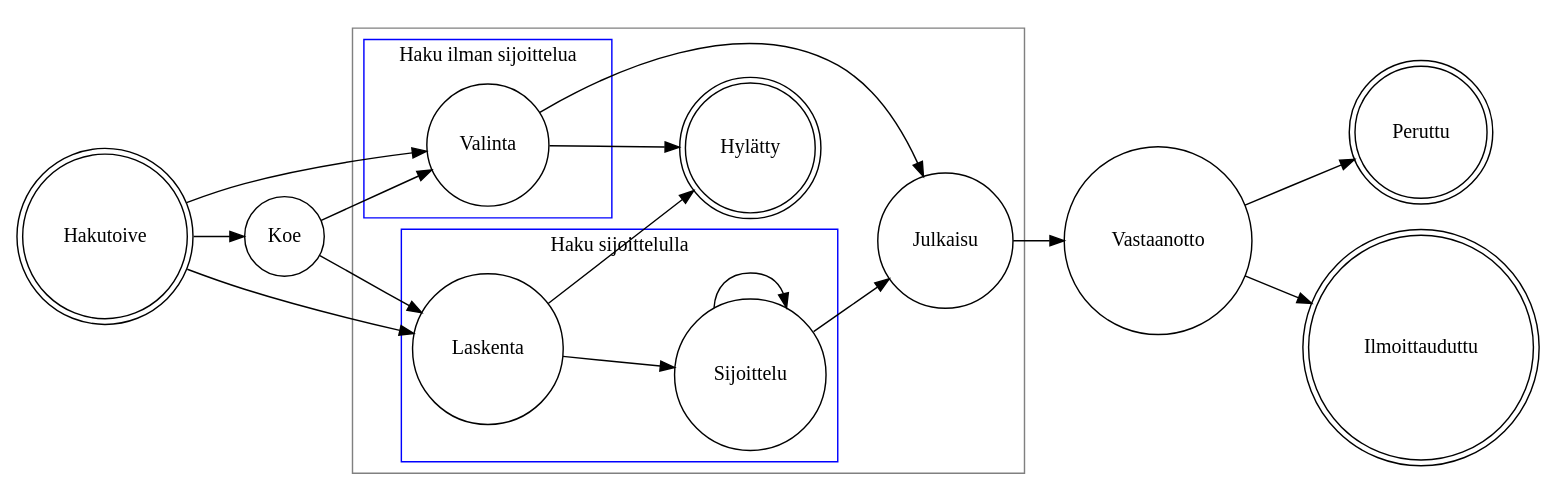
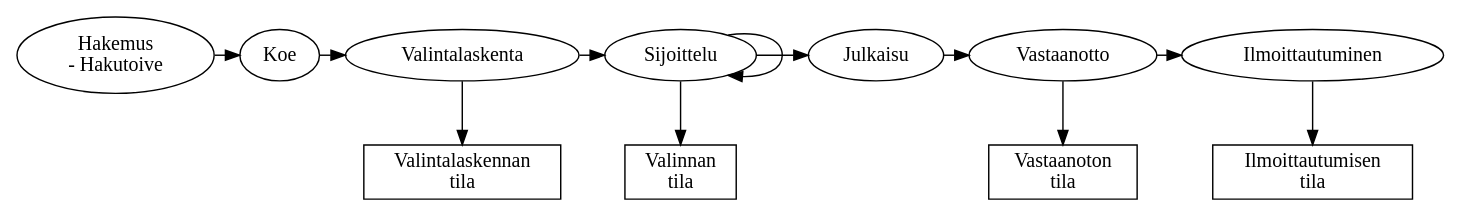
One commit to Opetushallitus/dokumentaatio changed the diagram in dot/hakuprosessi.dot. Above: the diagram before and after it, drawn with Graphviz. The commit also changed 1 other file, not shown here.

```diff
--- a/dot/hakuprosessi.dot
+++ b/dot/hakuprosessi.dot
@@ -1,37 +1,28 @@
 digraph g {
-  rankdir=LR;
-  node [shape=circle];
+  rankdir=TB;
+  node [shape=oval];
 
-  subgraph cluster_virkailija {
-    color=gray;
-    subgraph cluster_lisahaku {
-      label="Haku ilman sijoittelua";
-      color=blue;
-      Valinta;
-    }
-    subgraph cluster_yhteishaku {
-      label="Haku sijoittelulla";
-      color=blue;
-      Laskenta -> Sijoittelu;
-      Sijoittelu -> Sijoittelu;
-    }
-    Valinta -> Hylätty;
-    Laskenta -> Hylätty;
-    Sijoittelu -> Julkaisu;
-    Valinta -> Julkaisu;
+  {
+    rank=same;
+    Hakemus -> Koe -> Valintalaskenta -> Sijoittelu -> Julkaisu -> Vastaanotto -> Ilmoittautuminen;
   }
 
-  Hakutoive -> Valinta;
-  Hakutoive -> Laskenta;
-  Hakutoive -> Koe;
+  Sijoittelu -> Sijoittelu;
+  Valintalaskenta -> ValintalaskennanTila;
+  Sijoittelu -> ValinnanTila;
+  Vastaanotto -> VastaanotonTila;
+  Ilmoittautuminen -> IlmoittautumisenTila;
+  subgraph cluster_valinta {
+    label="Valinta";
+    color=blue;
+    Valintalaskenta,Sijoittelu,Julkaisu,Vastaanotto;
+  }
 
-  Koe -> Laskenta;
-  Koe -> Valinta;
+  Hakemus [label="Hakemus\n- Hakutoive"];
+  IlmoittautumisenTila [label="Ilmoittautumisen\ntila"];
+  VastaanotonTila [label="Vastaanoton\ntila"];
+  ValinnanTila [label="Valinnan\ntila"];
+  ValintalaskennanTila [label="Valintalaskennan\ntila"];
 
-  Julkaisu -> Vastaanotto;
-
-  Vastaanotto -> Peruttu;
-  Vastaanotto -> Ilmoittauduttu;
-
-  Hakutoive, Ilmoittauduttu, Peruttu, Hylätty [shape=doublecircle];
+  IlmoittautumisenTila,VastaanotonTila,ValinnanTila,ValintalaskennanTila [shape=box];
 }
```
